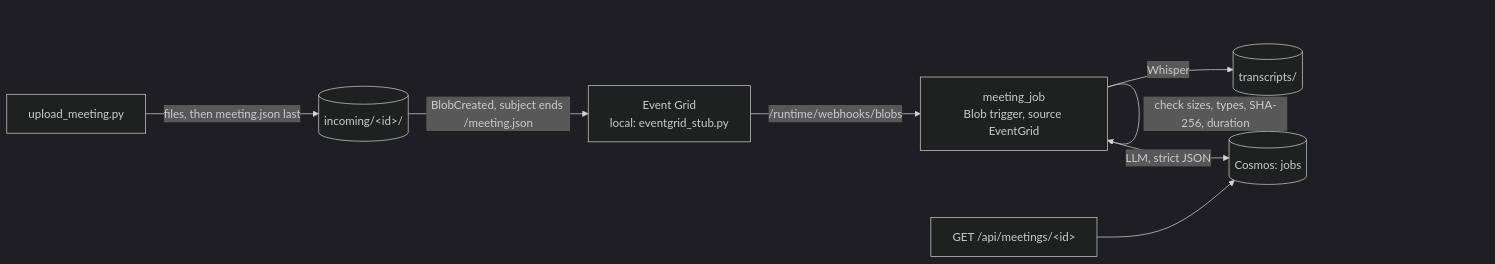
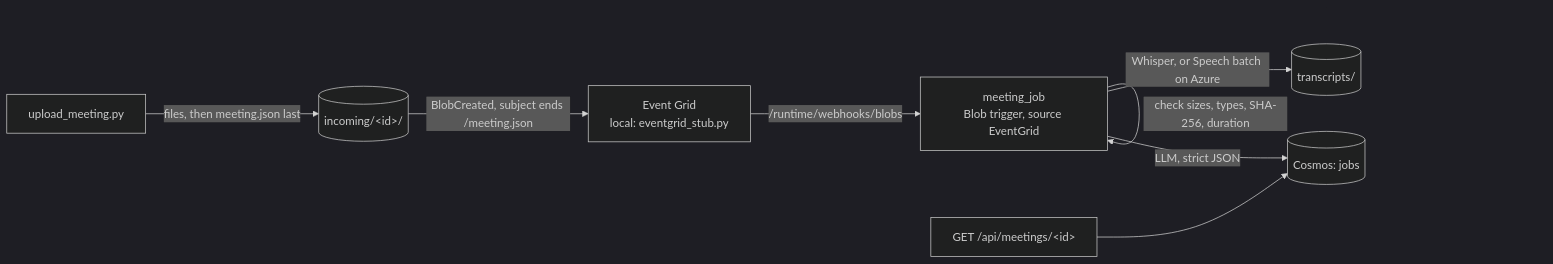
The diagram in README.md (salmanamn/meeting-summarizer), drawn with Mermaid (dark theme) before and after one commit. The commit also changed other lines of this file and 34 other files, not shown here.

First line of the commit message:
M6: Speech batch transcription (REST 2025-10-15, checkpointed on the record, waited for across deliveries) and Entra ID for Azure OpenAI and Speech, tested against a stand-in of the documented API (D44-D47) (#13)

````diff
--- a/README.md
+++ b/README.md
@@ -9,10 +9,10 @@
 ```mermaid
 flowchart LR
     U[upload_meeting.py] -->|files, then meeting.json last| B[(incoming/&lt;id&gt;/)]
     B -->|BlobCreated, subject ends /meeting.json| EG[Event Grid<br/>local: eventgrid_stub.py]
     EG -->|/runtime/webhooks/blobs| F[meeting_job<br/>Blob trigger, source EventGrid]
     F -->|check sizes, types, SHA-256, duration| F
-    F -->|Whisper| T[(transcripts/)]
+    F -->|Whisper, or Speech batch on Azure| T[(transcripts/)]
     F -->|LLM, strict JSON| J[(Cosmos: jobs)]
     S[GET /api/meetings/&lt;id&gt;] --> J
 ```
````
